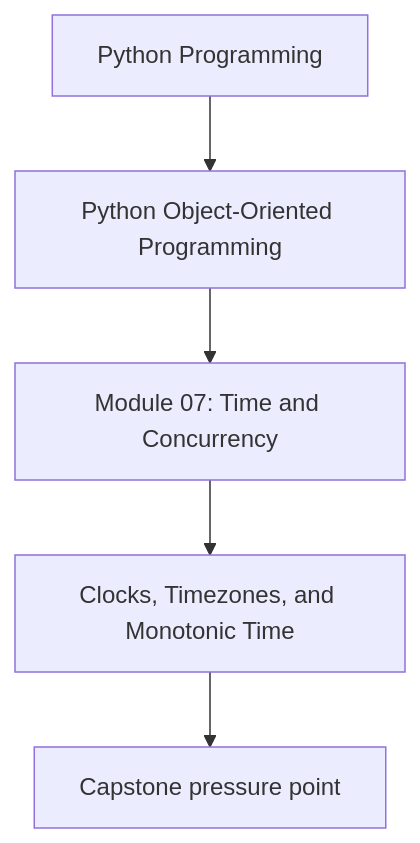
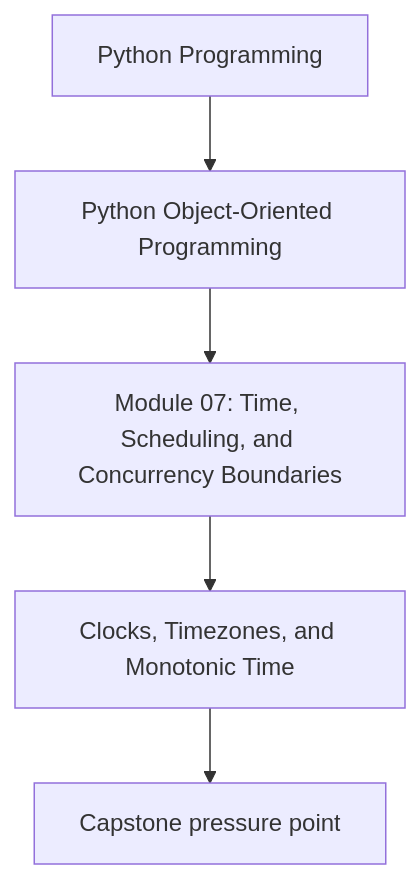
One commit to bijux/bijux-masterclass changed the first of 2 diagrams in programs/python-programming/python-object-oriented-programming/course-book/module-07-time-and-concurrency/clocks-timezones-and-monotonic-time.md. Above: the diagram before and after it, drawn with Mermaid. The commit also changed 241 other files, not shown here.

````diff
--- a/programs/python-programming/python-object-oriented-programming/course-book/module-07-time-and-concurrency/clocks-timezones-and-monotonic-time.md
+++ b/programs/python-programming/python-object-oriented-programming/course-book/module-07-time-and-concurrency/clocks-timezones-and-monotonic-time.md
@@ -7,7 +7,7 @@
 ```mermaid
 flowchart TD
   family["Python Programming"] --> program["Python Object-Oriented Programming"]
-  program --> module["Module 07: Time and Concurrency"]
+  program --> module["Module 07: Time, Scheduling, and Concurrency Boundaries"]
   module --> concept["Clocks, Timezones, and Monotonic Time"]
   concept --> capstone["Capstone pressure point"]
 ```
````
